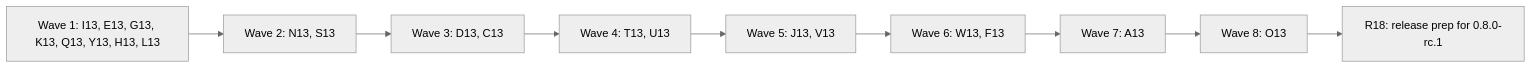
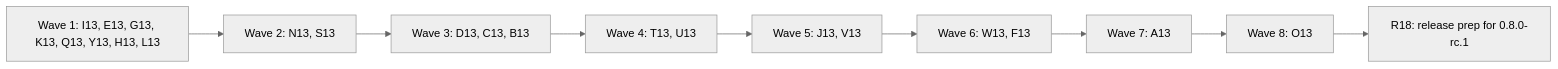
One commit to alfhen/tagreeve changed the diagram in docs/plan-0.8.0.md. Above: the diagram before and after it, drawn with Mermaid (neutral theme). The commit also changed other lines of this file, not shown here.

````diff
--- a/docs/plan-0.8.0.md
+++ b/docs/plan-0.8.0.md
@@ -95,11 +96,11 @@
 ```mermaid
 flowchart LR
   W1["Wave 1: I13, E13, G13, K13, Q13, Y13, H13, L13"] --> W2["Wave 2: N13, S13"]
-  W2 --> W3["Wave 3: D13, C13"]
+  W2 --> W3["Wave 3: D13, C13, B13"]
   W3 --> W4["Wave 4: T13, U13"]
   W4 --> W5["Wave 5: J13, V13"]
   W5 --> W6["Wave 6: W13, F13"]
   W6 --> W7["Wave 7: A13"]
   W7 --> W8["Wave 8: O13"]
   W8 --> R["R18: release prep for 0.8.0-rc.1"]
 ```
````
